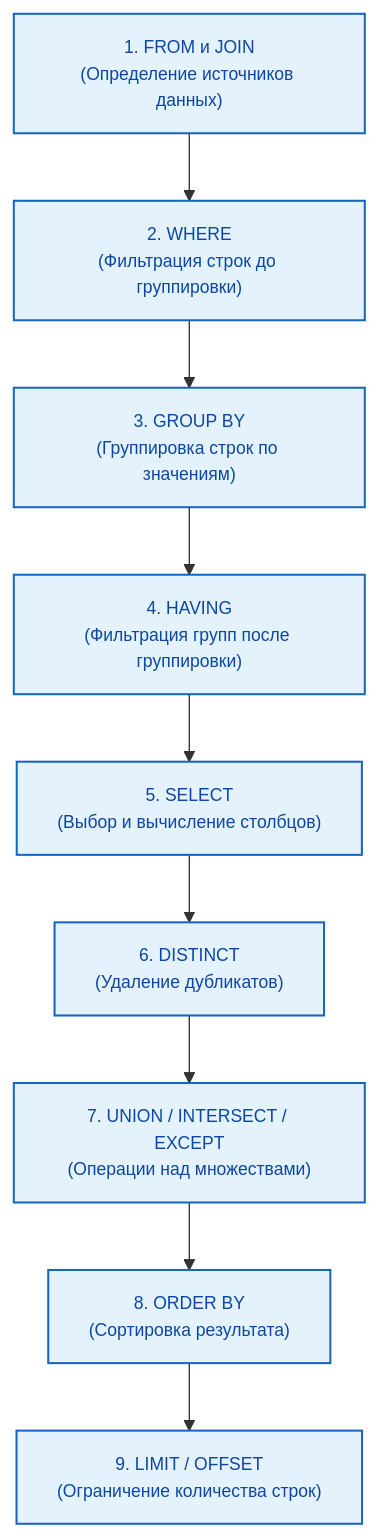
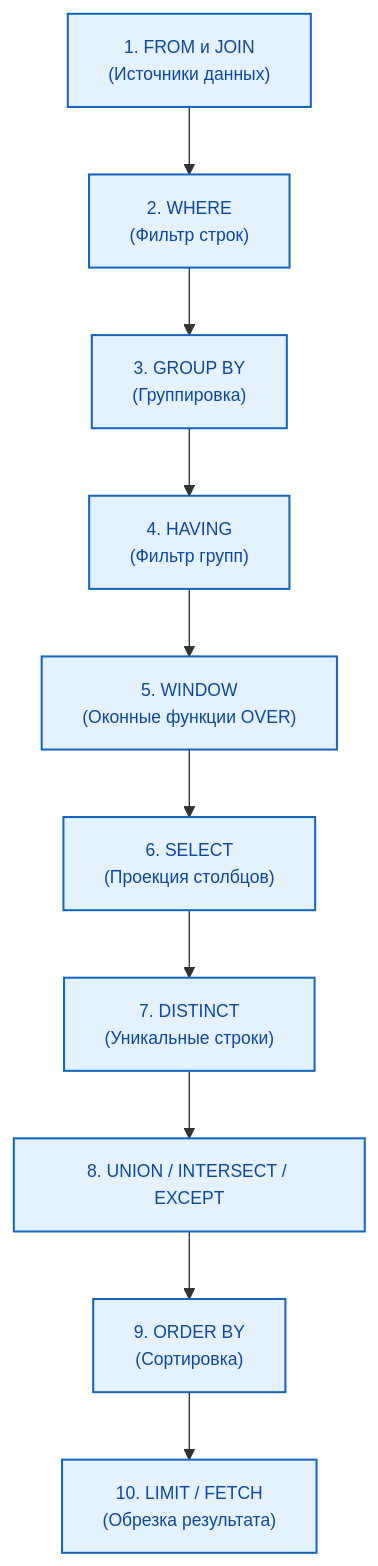
The diagram in docs/encyclopedia/3-data-markup/3-07-sql/2.md (Spirzen/it-knowledge-base), drawn with Mermaid before and after one commit. The commit also changed other lines of this file and 1180 other files, not shown here.

````diff
--- a/docs/encyclopedia/3-data-markup/3-07-sql/2.md
+++ b/docs/encyclopedia/3-data-markup/3-07-sql/2.md
@@ -71,21 +75,22 @@
 ```mermaid
 %%{init: {
 "theme": "default",
 "themeVariables": {
 "fontSize": "13px",
 "fontFamily": "Segoe UI, Tahoma, sans-serif"
 }
 }}%%
 flowchart TD
-    A["1. FROM и JOIN\n(Определение источников данных)"] --> B["2. WHERE\n(Фильтрация строк до группировки)"]
-    B --> C["3. GROUP BY\n(Группировка строк по значениям)"]
-    C --> D["4. HAVING\n(Фильтрация групп после группировки)"]
-    D --> E["5. SELECT\n(Выбор и вычисление столбцов)"]
-    E --> F["6. DISTINCT\n(Удаление дубликатов)"]
-    F --> G["7. UNION / INTERSECT / EXCEPT\n(Операции над множествами)"]
-    G --> H["8. ORDER BY\n(Сортировка результата)"]
-    H --> I["9. LIMIT / OFFSET\n(Ограничение количества строк)"]
+    A["1. FROM и JOIN\n(Источники данных)"] --> B["2. WHERE\n(Фильтр строк)"]
+    B --> C["3. GROUP BY\n(Группировка)"]
+    C --> D["4. HAVING\n(Фильтр групп)"]
+    D --> W["5. WINDOW\n(Оконные функции OVER)"]
+    W --> E["6. SELECT\n(Проекция столбцов)"]
+    E --> F["7. DISTINCT\n(Уникальные строки)"]
+    F --> G["8. UNION / INTERSECT / EXCEPT"]
+    G --> H["9. ORDER BY\n(Сортировка)"]
+    H --> I["10. LIMIT / FETCH\n(Обрезка результата)"]
 
     classDef step fill:#e3f2fd,stroke:#1565c0,stroke-width:1.5px,color:#0d47a1;
-    class A,B,C,D,E,F,G,H,I step;
+    class A,B,C,D,W,E,F,G,H,I step;
 ```
````
